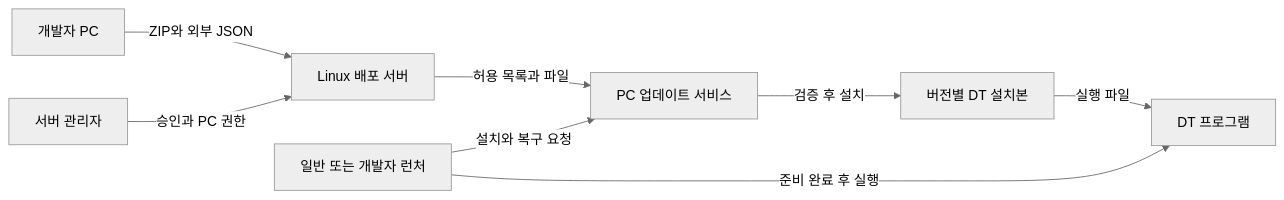
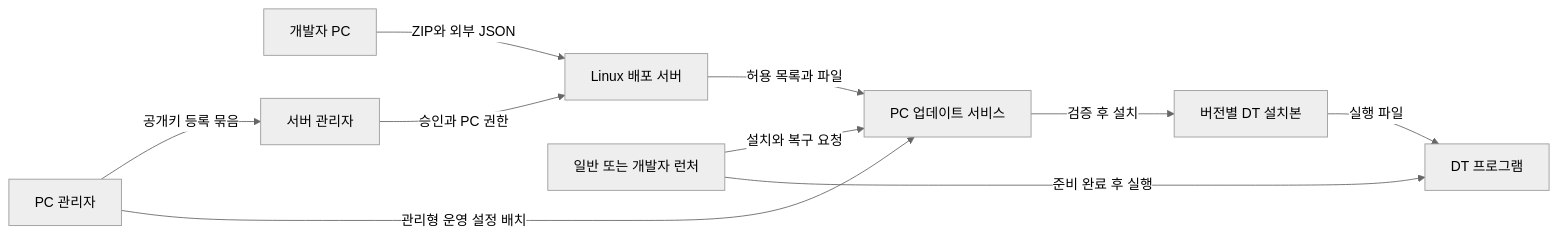
The first of 3 diagrams in docs/reference/feature-workflow.md (YonghoKwon/UE-DT-LAUNCHER), drawn with Mermaid (neutral theme) before and after one commit. The commit also changed other lines of this file and 11 other files, not shown here.

````diff
--- a/docs/reference/feature-workflow.md
+++ b/docs/reference/feature-workflow.md
@@ -30,10 +30,12 @@
 ```mermaid
 flowchart LR
     buildPc["개발자 PC"] -->|"ZIP와 외부 JSON"| distribution["Linux 배포 서버"]
+    pcAdmin["PC 관리자"] -->|"공개키 등록 묶음"| operator
     operator["서버 관리자"] -->|"승인과 PC 권한"| distribution
+    pcAdmin -->|"관리형 운영 설정 배치"| updater
     distribution -->|"허용 목록과 파일"| updater["PC 업데이트 서비스"]
     launcher["일반 또는 개발자 런처"] -->|"설치와 복구 요청"| updater
     updater -->|"검증 후 설치"| installed["버전별 DT 설치본"]
     launcher -->|"준비 완료 후 실행"| dtApp["DT 프로그램"]
     installed -->|"실행 파일"| dtApp
 ```
````
